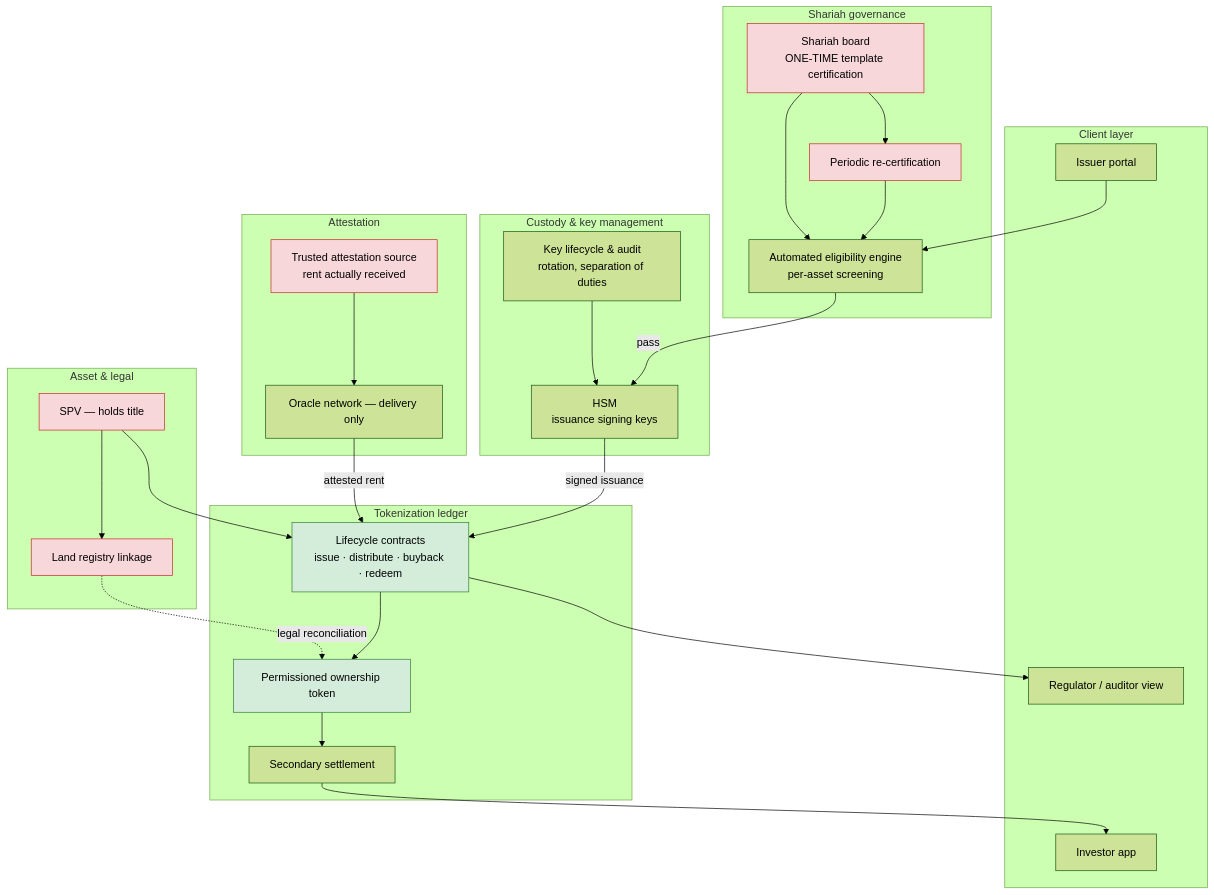
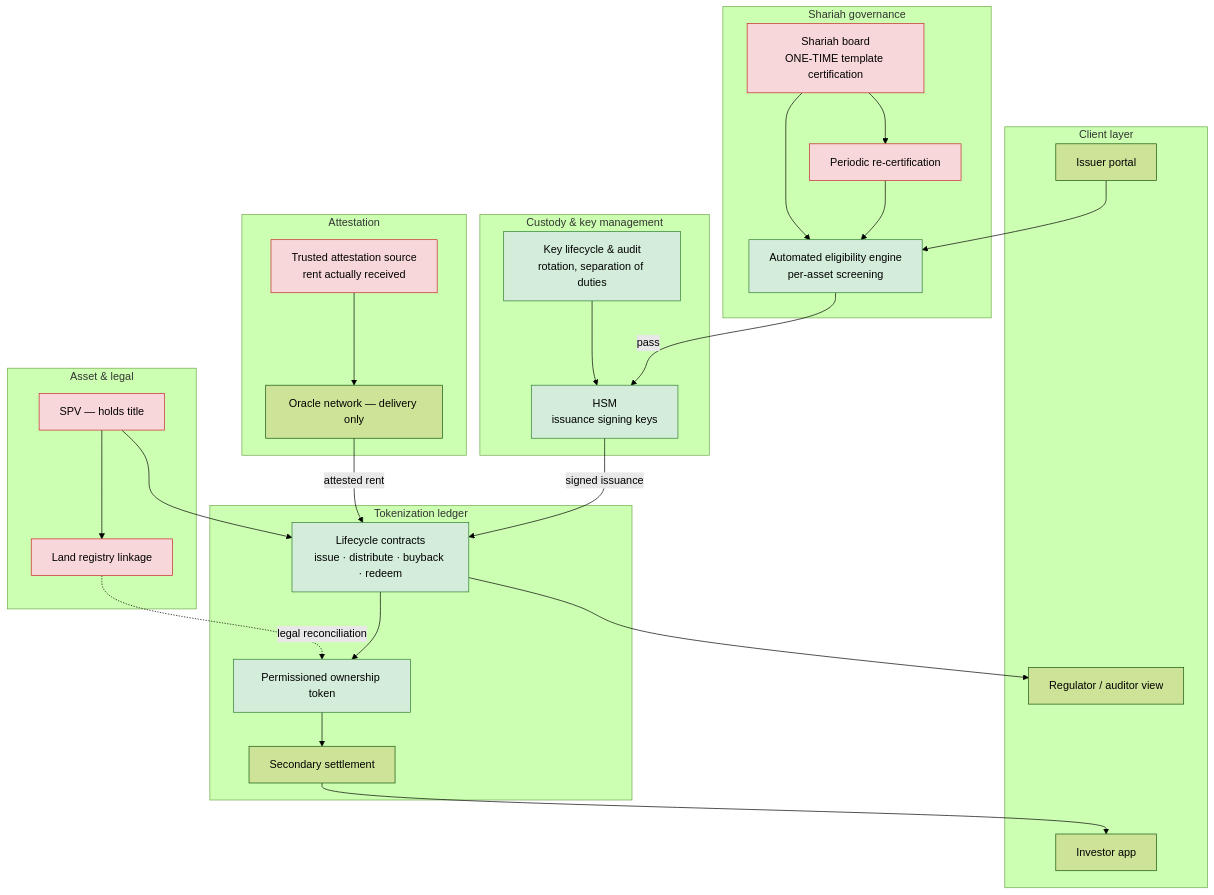
One commit to Aaqeb11/sukuk changed the first of 2 diagrams in README.md. Above: the diagram before and after it, drawn with Mermaid (forest theme). The commit also changed other lines of this file and 8 other files, not shown here.

````diff
--- a/README.md
+++ b/README.md
@@ -64,59 +64,59 @@
 ```mermaid
 flowchart TB
     subgraph CLIENTS["Client layer"]
         BANK["Issuer portal"]
         INVESTOR["Investor app"]
         REG["Regulator / auditor view"]
     end
 
     subgraph SHARIAH["Shariah governance"]
         BOARD["Shariah board<br/>ONE-TIME template certification"]
         ENGINE["Automated eligibility engine<br/>per-asset screening"]
         RECERT["Periodic re-certification"]
     end
 
     subgraph CUSTODY["Custody & key management"]
         HSM["HSM<br/>issuance signing keys"]
         KMS["Key lifecycle & audit<br/>rotation, separation of duties"]
     end
 
     subgraph LEDGER["Tokenization ledger"]
         LIFECYCLE["Lifecycle contracts<br/>issue · distribute · buyback · redeem"]
         TOKEN["Permissioned ownership token"]
         SECONDARY["Secondary settlement"]
     end
 
     subgraph ORACLE["Attestation"]
         ATTEST["Trusted attestation source<br/>rent actually received"]
         ORACLE_NET["Oracle network — delivery only"]
     end
 
     subgraph LEGAL["Asset & legal"]
         SPV["SPV — holds title"]
         REGISTRY["Land registry linkage"]
     end
 
     BANK --> ENGINE
     BOARD --> ENGINE
     BOARD --> RECERT
     RECERT --> ENGINE
     ENGINE -->|"pass"| HSM
     KMS --> HSM
     HSM -->|"signed issuance"| LIFECYCLE
 
     SPV --> REGISTRY
     SPV --> LIFECYCLE
     REGISTRY -.->|"legal reconciliation"| TOKEN
 
     LIFECYCLE --> TOKEN
     TOKEN --> SECONDARY
     ATTEST --> ORACLE_NET
     ORACLE_NET -->|"attested rent"| LIFECYCLE
     SECONDARY --> INVESTOR
     LIFECYCLE --> REG
 
     classDef built fill:#d4edda,stroke:#2e7d32,color:#000;
     classDef hard fill:#f8d7da,stroke:#c62828,color:#000;
-    class LIFECYCLE,TOKEN built;
+    class LIFECYCLE,TOKEN,ENGINE,HSM,KMS built;
     class BOARD,RECERT,SPV,REGISTRY,ATTEST hard;
 ```
````
